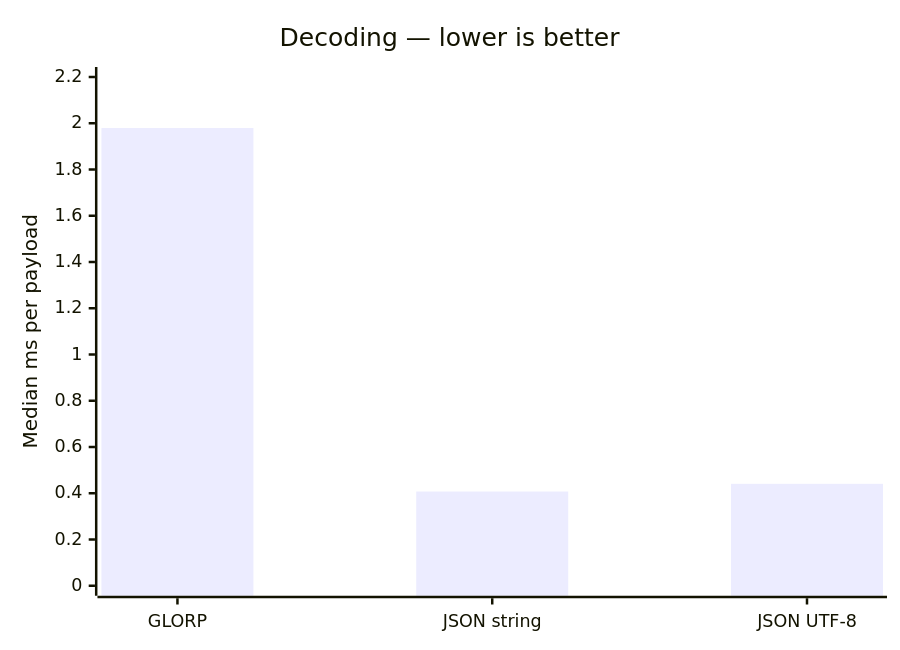
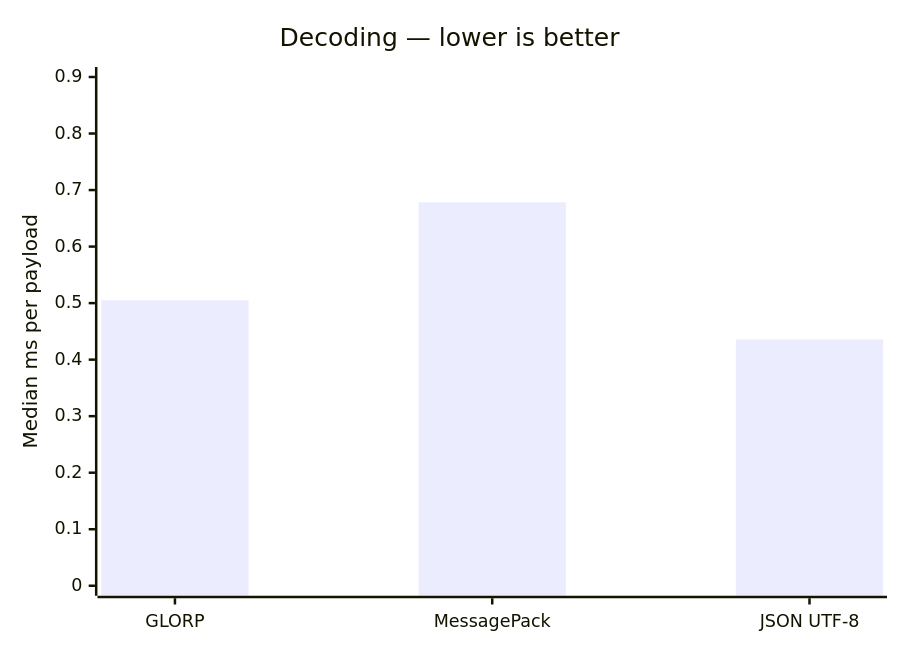
The third of 3 diagrams in README.md (Ranchonyx/GLORP), drawn with Mermaid before and after one commit. The commit also changed other lines of this file and 27 other files, not shown here.

````diff
--- a/README.md
+++ b/README.md
@@ -21,7 +29,7 @@
 ```mermaid
 xychart-beta
     title "Decoding — lower is better"
-    x-axis ["GLORP", "JSON string", "JSON UTF-8"]
-    y-axis "Median ms per payload" 0 --> 2.2
-    bar [1.9793, 0.4075, 0.4407]
+    x-axis ["GLORP", "MessagePack", "JSON UTF-8"]
+    y-axis "Median ms per payload" 0 --> 0.9
+    bar [0.5051, 0.6784, 0.4358]
 ```
````
